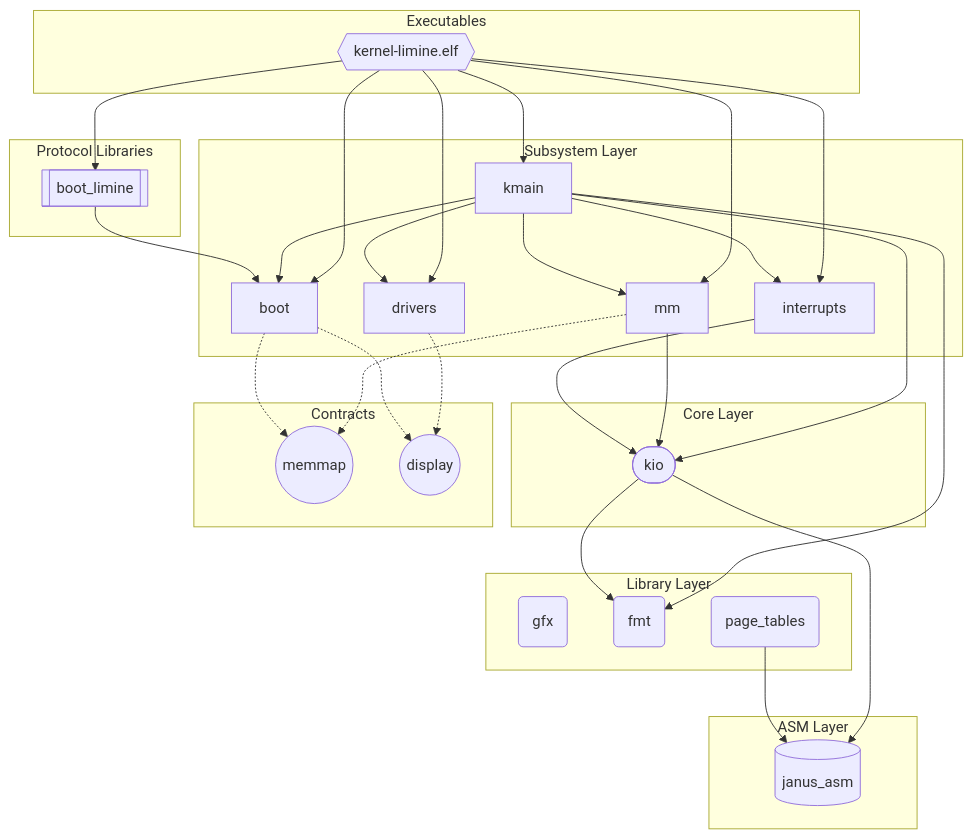
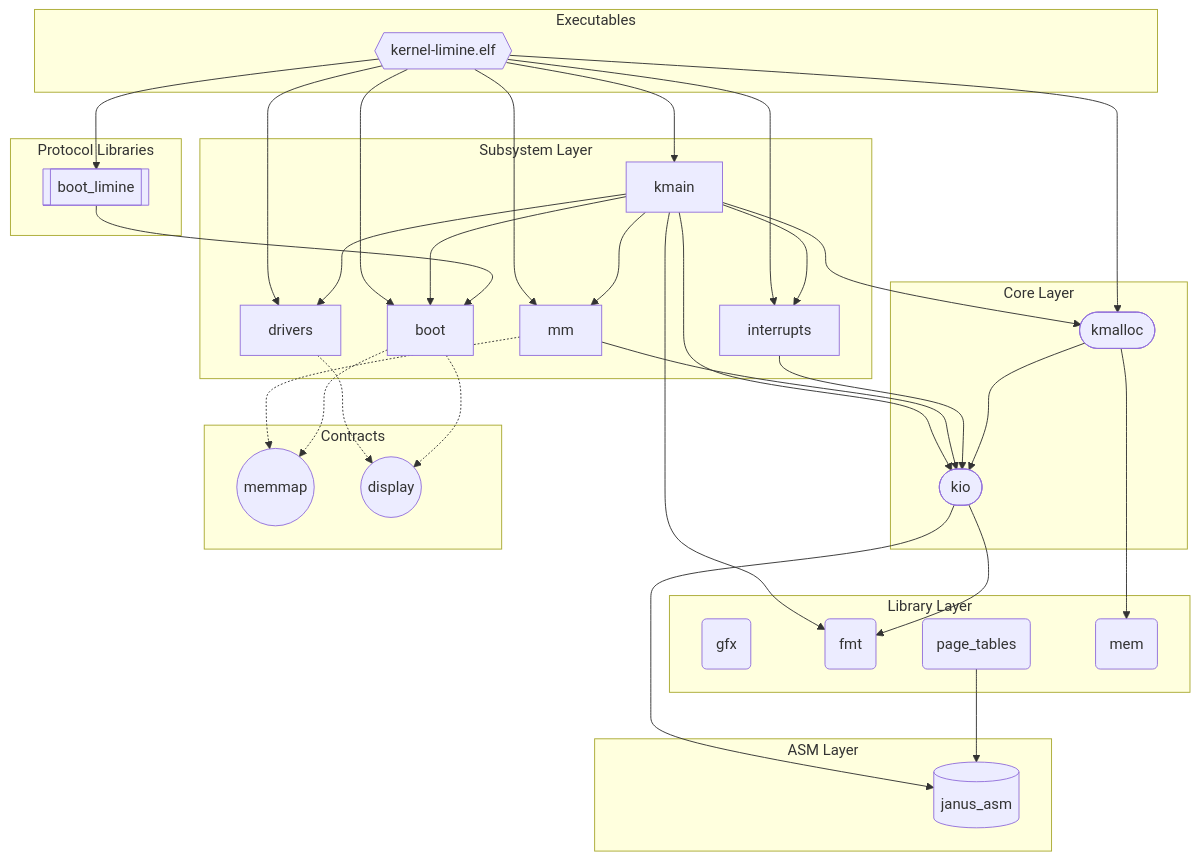
Before and after one commit to FrederikTobner/JANUS: the diagram in docs/generated/deps-aarch64.md, drawn with Mermaid. The commit also changed 98 other files, not shown here.

````diff
--- a/docs/generated/deps-aarch64.md
+++ b/docs/generated/deps-aarch64.md
@@ -3,53 +3,59 @@
 ```mermaid
 graph TD
   subgraph library_layer["Library Layer"]
     gfx("gfx")
     fmt("fmt")
     page_tables("page_tables")
+    mem("mem")
   end
   subgraph core_layer["Core Layer"]
     kio(["kio"])
+    kmalloc(["kmalloc"])
   end
   subgraph subsystem_layer["Subsystem Layer"]
     boot["boot"]
     drivers["drivers"]
     interrupts["interrupts"]
     mm["mm"]
     kmain["kmain"]
   end
   subgraph protocol_libraries["Protocol Libraries"]
     boot_limine[["boot_limine"]]
   end
   subgraph executables["Executables"]
     kernel_limine_elf{{"kernel-limine.elf"}}
   end
   subgraph asm_layer["ASM Layer"]
     janus_asm[("janus_asm")]
   end
   subgraph contracts["Contracts"]
     janus_contract_memmap(("memmap"))
     janus_contract_display(("display"))
   end
   page_tables --> janus_asm
   kio --> fmt
   kio --> janus_asm
+  kmalloc --> mem
+  kmalloc --> kio
   boot -.-> janus_contract_memmap
   boot -.-> janus_contract_display
   boot_limine --> boot
   drivers -.-> janus_contract_display
   interrupts --> kio
   mm --> kio
   mm -.-> janus_contract_memmap
   kmain --> drivers
   kmain --> boot
   kmain --> fmt
   kmain --> interrupts
   kmain --> kio
+  kmain --> kmalloc
   kmain --> mm
   kernel_limine_elf --> boot
   kernel_limine_elf --> boot_limine
   kernel_limine_elf --> drivers
   kernel_limine_elf --> interrupts
+  kernel_limine_elf --> kmalloc
   kernel_limine_elf --> mm
   kernel_limine_elf --> kmain
 ```
````
